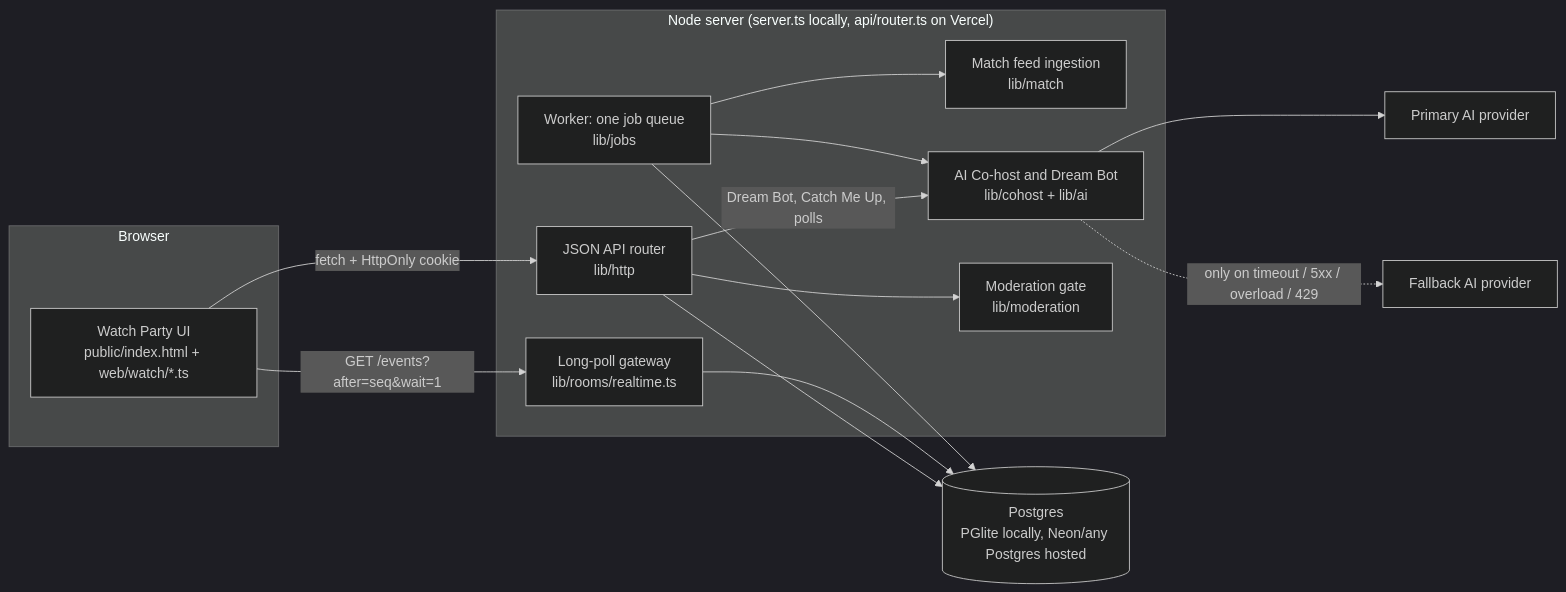
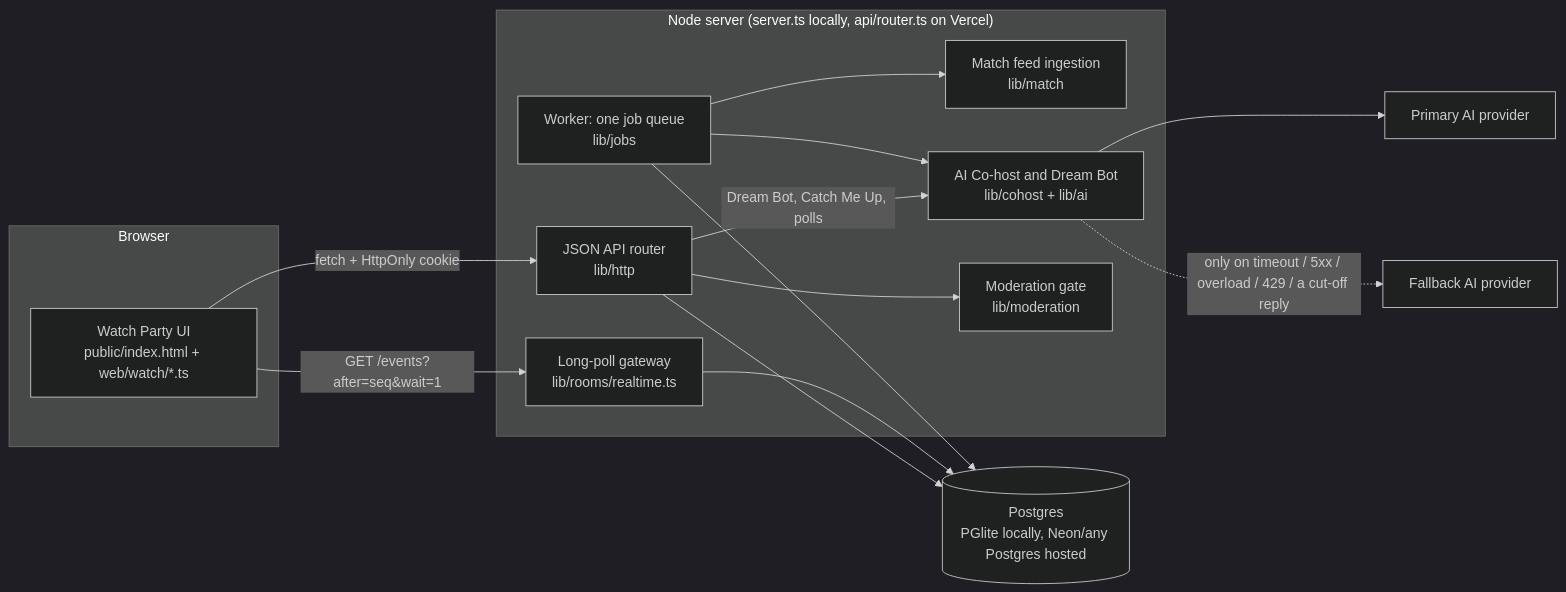
The first of 4 diagrams in docs/architecture.md (ankityadav1asia/huddle), drawn with Mermaid (dark theme) before and after one commit. The commit also changed other lines of this file and 15 other files, not shown here.

````diff
--- a/docs/architecture.md
+++ b/docs/architecture.md
@@ -36,28 +36,28 @@
 ```mermaid
 flowchart LR
   subgraph Browser
     UI[Watch Party UI<br/>public/index.html + web/watch/*.ts]
   end
   subgraph Server["Node server (server.ts locally, api/router.ts on Vercel)"]
     API[JSON API router<br/>lib/http]
     RT[Long-poll gateway<br/>lib/rooms/realtime.ts]
     W[Worker: one job queue<br/>lib/jobs]
     FEED[Match feed ingestion<br/>lib/match]
     CO[AI Co-host and Dream Bot<br/>lib/cohost + lib/ai]
     MOD[Moderation gate<br/>lib/moderation]
   end
   DB[(Postgres<br/>PGlite locally, Neon/any Postgres hosted)]
   P1[Primary AI provider]
   P2[Fallback AI provider]
   UI -- "fetch + HttpOnly cookie" --> API
   UI -- "GET /events?after=seq&wait=1" --> RT
   API --> MOD
   API --> DB
   API -- "Dream Bot, Catch Me Up, polls" --> CO
   RT --> DB
   W --> DB
   W --> FEED
   W --> CO
   CO --> P1
-  CO -. "only on timeout / 5xx / overload / 429" .-> P2
+  CO -. "only on timeout / 5xx / overload / 429 / a cut-off reply" .-> P2
 ```
````
